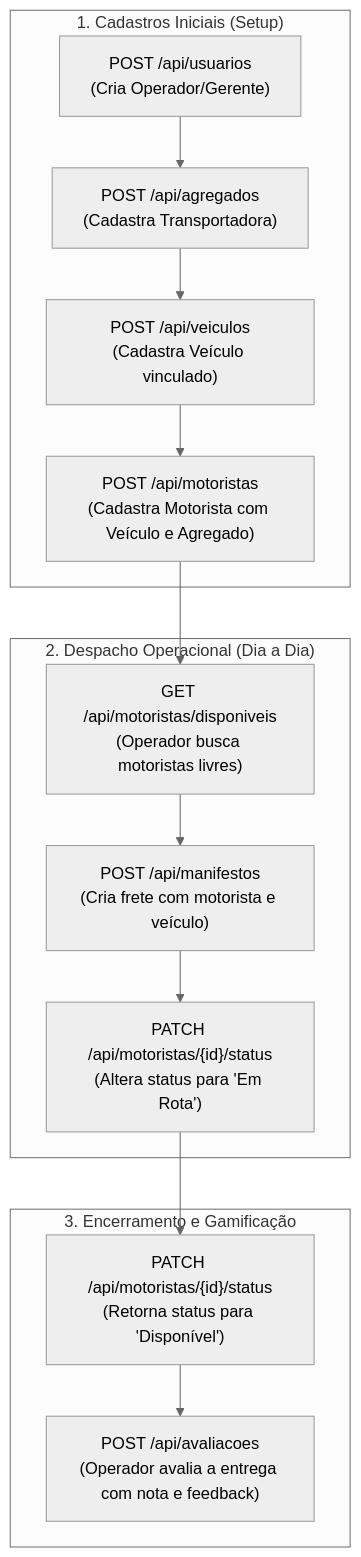
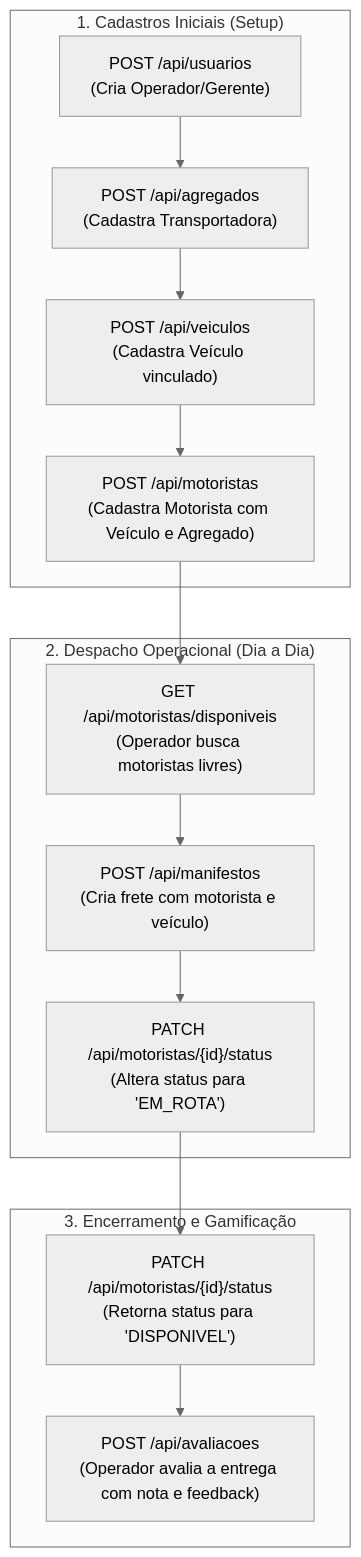
Before and after one commit to janosystime/API3-NewLogistica: the diagram in backend/Documentos_e_Manuais_do_Backend/DicionarioDadosBDComExemplos.md, drawn with Mermaid (neutral theme). The commit also changed other lines of this file, not shown here.

Commit message:
docs: atualiza dicionario de dados e schema com enums da frota e motoristas

````diff
--- a/backend/Documentos_e_Manuais_do_Backend/DicionarioDadosBDComExemplos.md
+++ b/backend/Documentos_e_Manuais_do_Backend/DicionarioDadosBDComExemplos.md
@@ -59,24 +61,26 @@
 ```mermaid
 flowchart TD
     subgraph CadastrosBase["1. Cadastros Iniciais (Setup)"]
         A1["POST /api/usuarios<br>(Cria Operador/Gerente)"]
         A2["POST /api/agregados<br>(Cadastra Transportadora)"]
         A3["POST /api/veiculos<br>(Cadastra Veículo vinculado)"]
         A4["POST /api/motoristas<br>(Cadastra Motorista com Veículo e Agregado)"]
         A1 --> A2 --> A3 --> A4
     end
 
     subgraph RotinaOperacional["2. Despacho Operacional (Dia a Dia)"]
         B1["GET /api/motoristas/disponiveis<br>(Operador busca motoristas livres)"]
         B2["POST /api/manifestos<br>(Cria frete com motorista e veículo)"]
         B3["PATCH /api/motoristas/{id}/status<br>(Altera status para 'Em Rota')"]
+        B3["PATCH /api/motoristas/{id}/status<br>(Altera status para 'EM_ROTA')"]
         A4 --> B1
         B1 --> B2 --> B3
     end
 
     subgraph EncerramentoGamificacao["3. Encerramento e Gamificação"]
         C1["PATCH /api/motoristas/{id}/status<br>(Retorna status para 'Disponível')"]
+        C1["PATCH /api/motoristas/{id}/status<br>(Retorna status para 'DISPONIVEL')"]
         C2["POST /api/avaliacoes<br>(Operador avalia a entrega com nota e feedback)"]
         B3 --> C1 --> C2
     end
 ```
````
